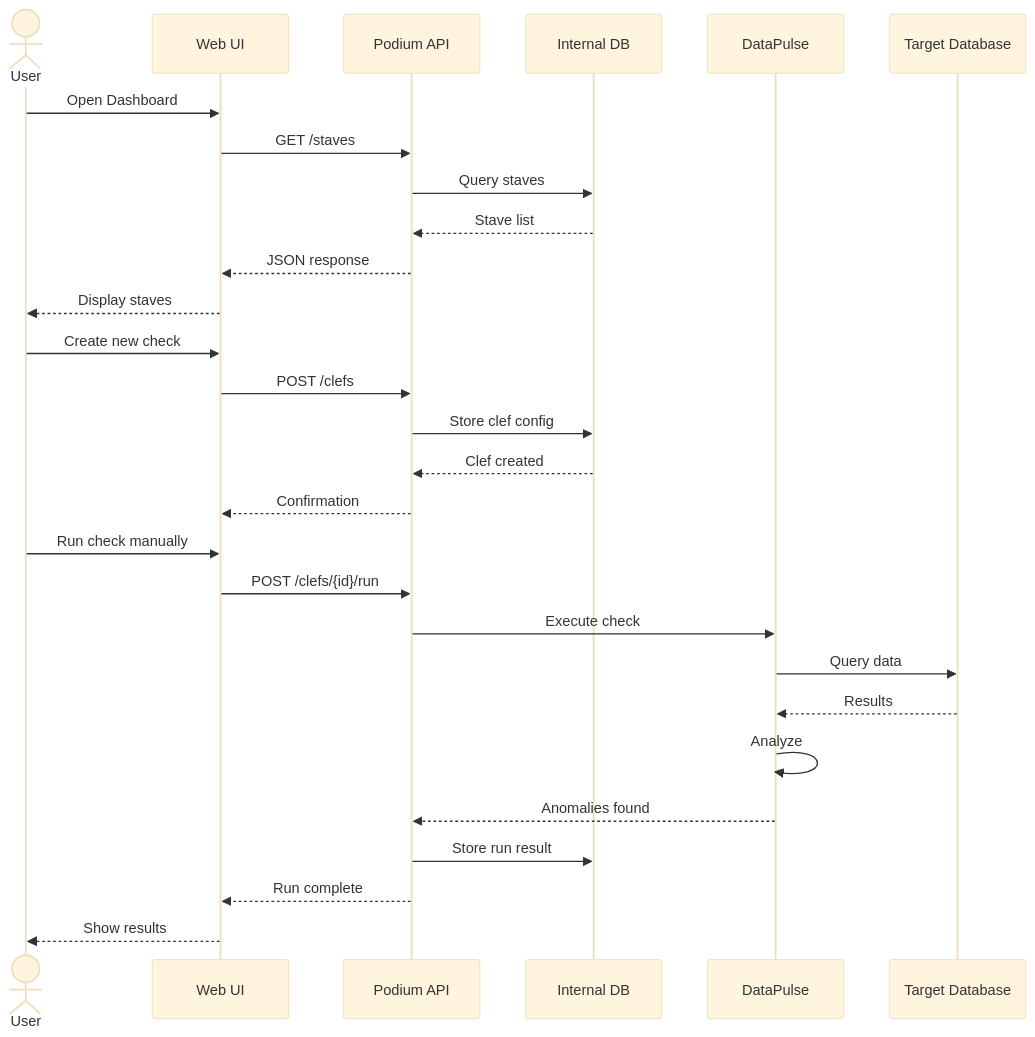
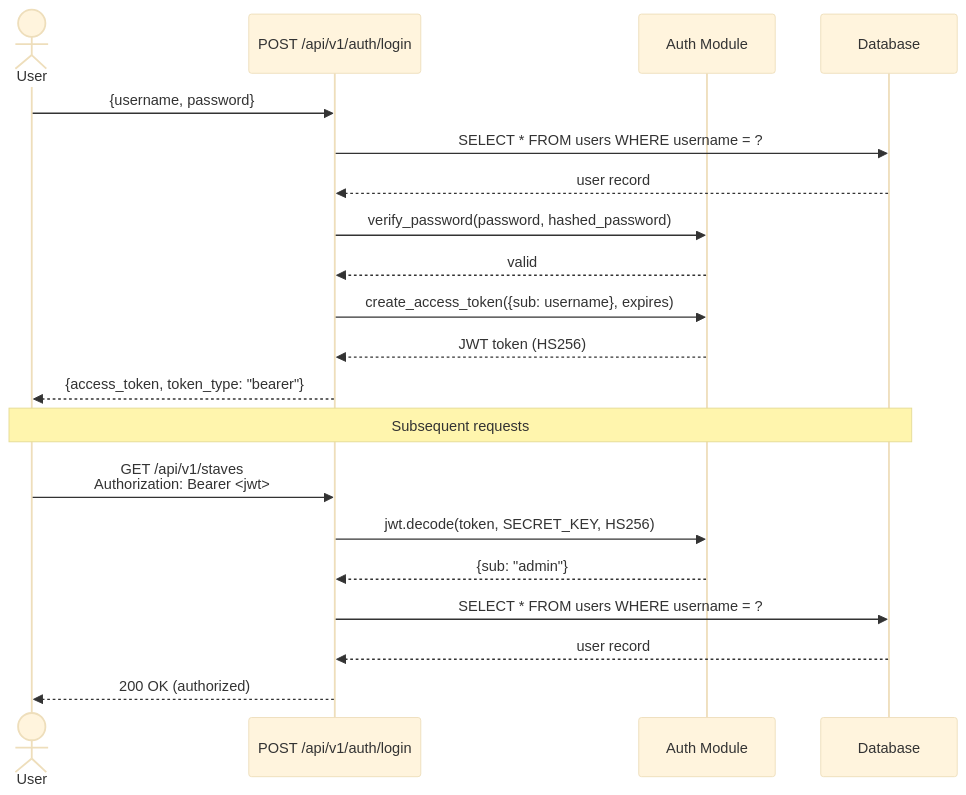
One commit to TheDataMaestros/datametronome changed the seventh of 9 diagrams in docs/architecture.md. Above: the diagram before and after it, drawn with Mermaid (base theme). The commit also changed other lines of this file and 5 other files, not shown here.

````diff
--- a/docs/architecture.md
+++ b/docs/architecture.md
@@ -262,33 +497,26 @@
 ```mermaid
 sequenceDiagram
     actor User
-    participant UI as Web UI
-    participant API as Podium API
-    participant DB as Internal DB
-    participant Pulse as DataPulse
-    participant Target as Target Database
+    participant API as POST /api/v1/auth/login
+    participant Auth as Auth Module
+    participant DB as Database
 
-    User->>UI: Open Dashboard
-    UI->>API: GET /staves
-    API->>DB: Query staves
-    DB-->>API: Stave list
-    API-->>UI: JSON response
-    UI-->>User: Display staves
+    User->>API: {username, password}
+    API->>DB: SELECT * FROM users WHERE username = ?
+    DB-->>API: user record
+    API->>Auth: verify_password(password, hashed_password)
+    Auth-->>API: valid
 
-    User->>UI: Create new check
-    UI->>API: POST /clefs
-    API->>DB: Store clef config
-    DB-->>API: Clef created
-    API-->>UI: Confirmation
+    API->>Auth: create_access_token({sub: username}, expires)
+    Auth-->>API: JWT token (HS256)
+    API-->>User: {access_token, token_type: "bearer"}
 
-    User->>UI: Run check manually
-    UI->>API: POST /clefs/{id}/run
-    API->>Pulse: Execute check
-    Pulse->>Target: Query data
-    Target-->>Pulse: Results
-    Pulse->>Pulse: Analyze
-    Pulse-->>API: Anomalies found
-    API->>DB: Store run result
-    API-->>UI: Run complete
-    UI-->>User: Show results
+    Note over User,DB: Subsequent requests
+
+    User->>API: GET /api/v1/staves<br/>Authorization: Bearer <jwt>
+    API->>Auth: jwt.decode(token, SECRET_KEY, HS256)
+    Auth-->>API: {sub: "admin"}
+    API->>DB: SELECT * FROM users WHERE username = ?
+    DB-->>API: user record
+    API-->>User: 200 OK (authorized)
 ```
````
